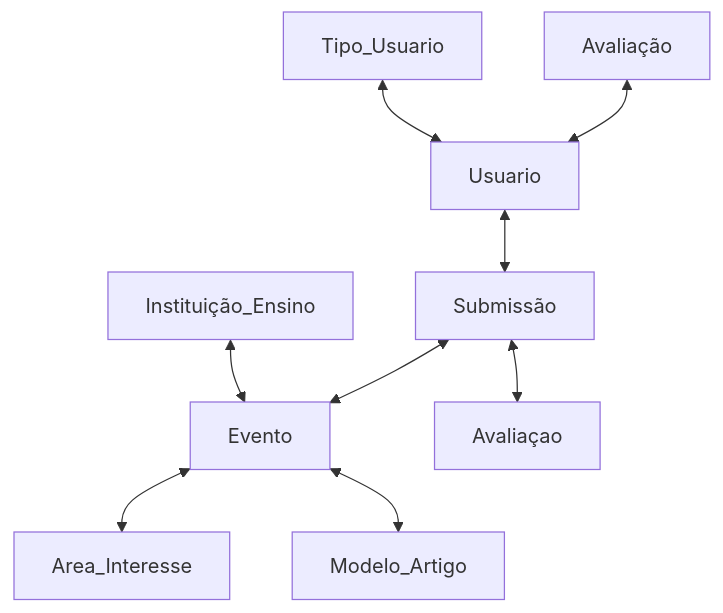
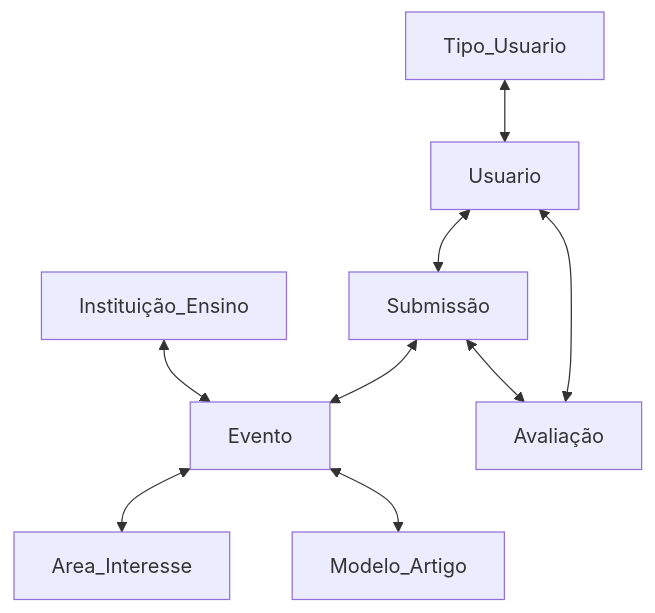
Before and after one commit to vanessacezarn/3_Semestre: the diagram in Projeto de Banco de Dados/aula_05 24_03.md, drawn with Mermaid.

Commit message:
Update aula_05 24_03.md

````diff
--- a/Projeto de Banco de Dados/aula_05 24_03.md
+++ b/Projeto de Banco de Dados/aula_05 24_03.md
@@ -45,12 +45,12 @@
 ```mermaid
 graph TD;
     Instituição_Ensino<-->Evento;
     Evento <--> Area_Interesse;
     Evento <--> Modelo_Artigo;
     Tipo_Usuario <--> Usuario;
     Usuario <--> Submissão;
     Submissão <--> Evento;
-    Submissão <--> Avaliaçao
+    Submissão <--> Avaliação
     Avaliação <--> Usuario;
     
 ```
````
